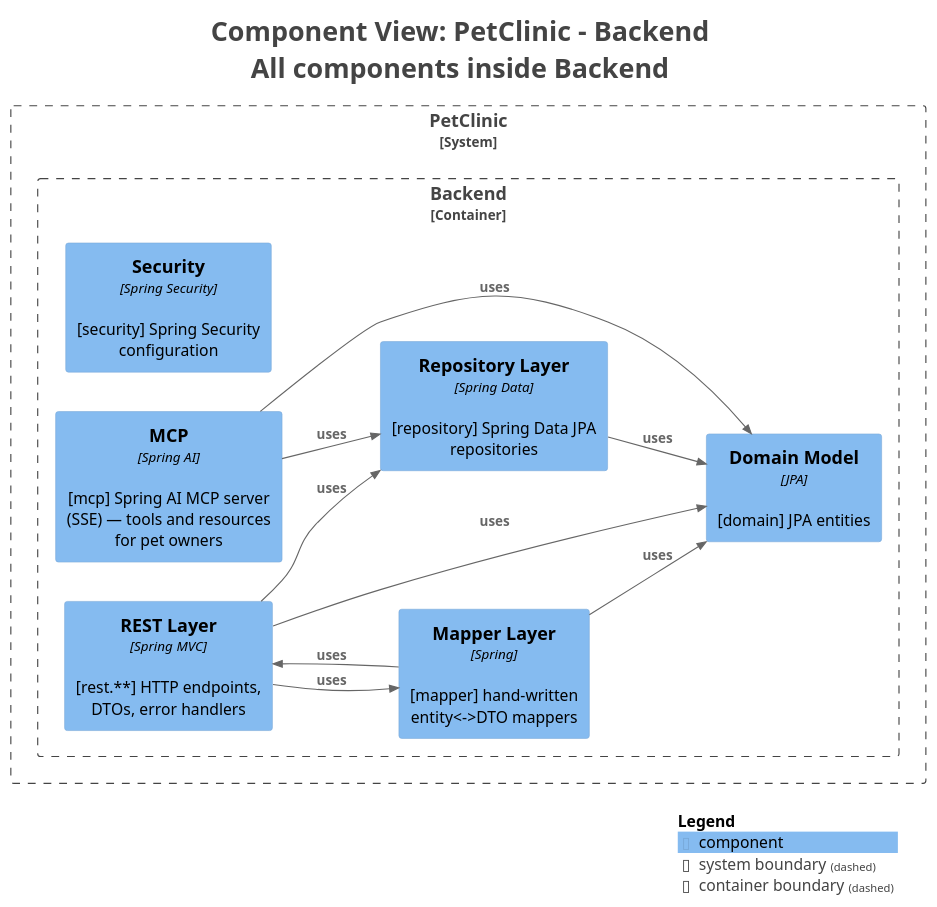
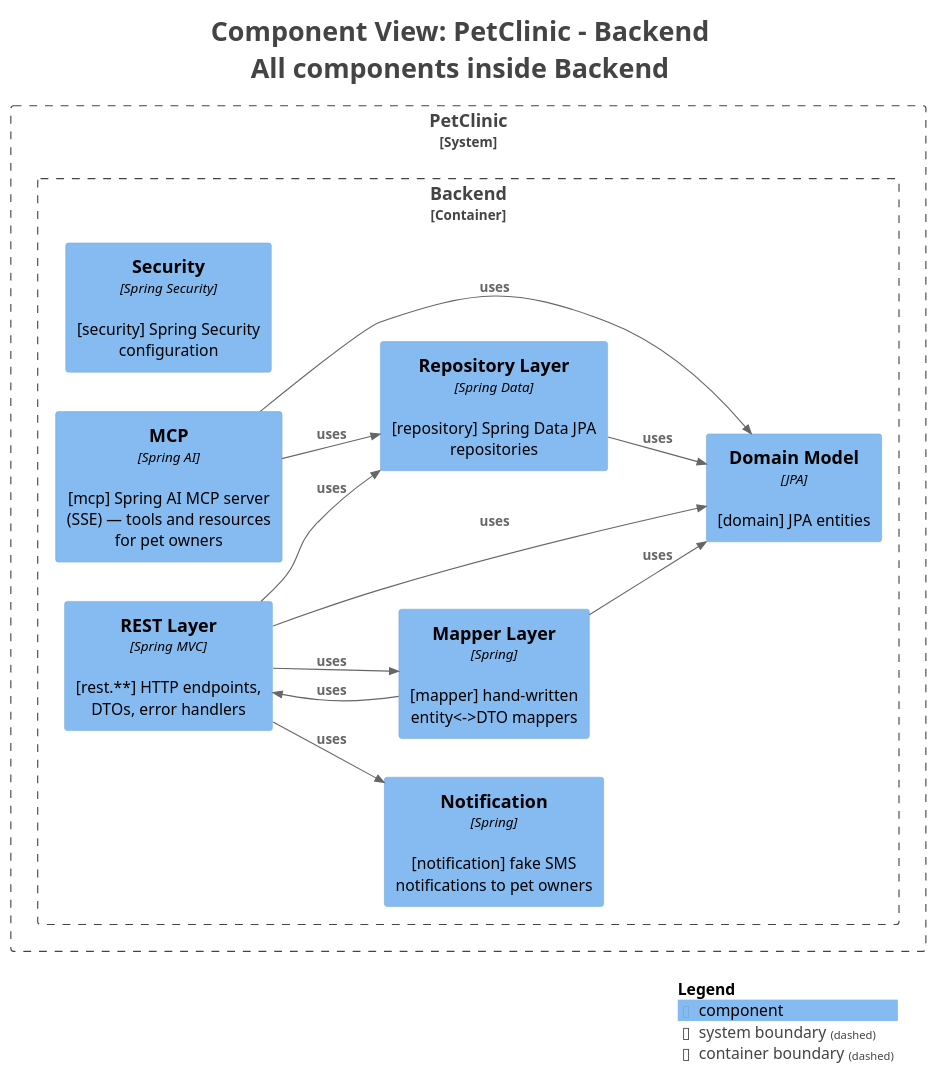
One commit to kashann/petclinic changed the diagram in petclinic-backend/docs/generated/c4views/C3-Components-All.puml. Above: the diagram before and after it, drawn with PlantUML. The commit also changed 14 other files, not shown here.

First line of the commit message:
Notification module, drawn as its own participant in the sequence diagrams

```diff
--- a/petclinic-backend/docs/generated/c4views/C3-Components-All.puml
+++ b/petclinic-backend/docs/generated/c4views/C3-Components-All.puml
@@ -1,41 +1,43 @@
 @startuml
 title <size:24>Component View: PetClinic - Backend</size>\n<size:24>All components inside Backend</size>
 
 set separator none
 left to right direction
 
 <style>
   root {
     BackgroundColor: #ffffff
     FontColor: #444444
   }
 </style>
 
 !include <C4/C4>
 !include <C4/C4_Context>
 !include <C4/C4_Component>
 
 System_Boundary("PetClinic_boundary", "PetClinic", $tags="") {
   Container_Boundary("PetClinic.Backend_boundary", "Backend", $tags="") {
     Component(PetClinic.Backend.Security, "Security", $techn="Spring Security", $descr="[security] Spring Security configuration", $tags="", $link="")
+    Component(PetClinic.Backend.Notification, "Notification", $techn="Spring", $descr="[notification] fake SMS notifications to pet owners", $tags="", $link="")
     Component(PetClinic.Backend.MCP, "MCP", $techn="Spring AI", $descr="[mcp] Spring AI MCP server (SSE) — tools and resources for pet owners", $tags="", $link="")
     Component(PetClinic.Backend.RESTLayer, "REST Layer", $techn="Spring MVC", $descr="[rest.**] HTTP endpoints, DTOs, error handlers", $tags="", $link="")
     Component(PetClinic.Backend.DomainModel, "Domain Model", $techn="JPA", $descr="[domain] JPA entities", $tags="", $link="")
     Component(PetClinic.Backend.RepositoryLayer, "Repository Layer", $techn="Spring Data", $descr="[repository] Spring Data JPA repositories", $tags="", $link="")
     Component(PetClinic.Backend.MapperLayer, "Mapper Layer", $techn="Spring", $descr="[mapper] hand-written entity<->DTO mappers", $tags="", $link="")
   }
 
 }
 
 Rel(PetClinic.Backend.RESTLayer, PetClinic.Backend.MapperLayer, "uses", $techn="", $tags="", $link="")
 Rel(PetClinic.Backend.RESTLayer, PetClinic.Backend.DomainModel, "uses", $techn="", $tags="", $link="")
 Rel(PetClinic.Backend.RESTLayer, PetClinic.Backend.RepositoryLayer, "uses", $techn="", $tags="", $link="")
+Rel(PetClinic.Backend.RESTLayer, PetClinic.Backend.Notification, "uses", $techn="", $tags="", $link="")
 Rel(PetClinic.Backend.MapperLayer, PetClinic.Backend.RESTLayer, "uses", $techn="", $tags="", $link="")
 Rel(PetClinic.Backend.MapperLayer, PetClinic.Backend.DomainModel, "uses", $techn="", $tags="", $link="")
 Rel(PetClinic.Backend.RepositoryLayer, PetClinic.Backend.DomainModel, "uses", $techn="", $tags="", $link="")
 Rel(PetClinic.Backend.MCP, PetClinic.Backend.DomainModel, "uses", $techn="", $tags="", $link="")
 Rel(PetClinic.Backend.MCP, PetClinic.Backend.RepositoryLayer, "uses", $techn="", $tags="", $link="")
 
 SHOW_LEGEND(true)
 hide stereotypes
 @enduml
```
